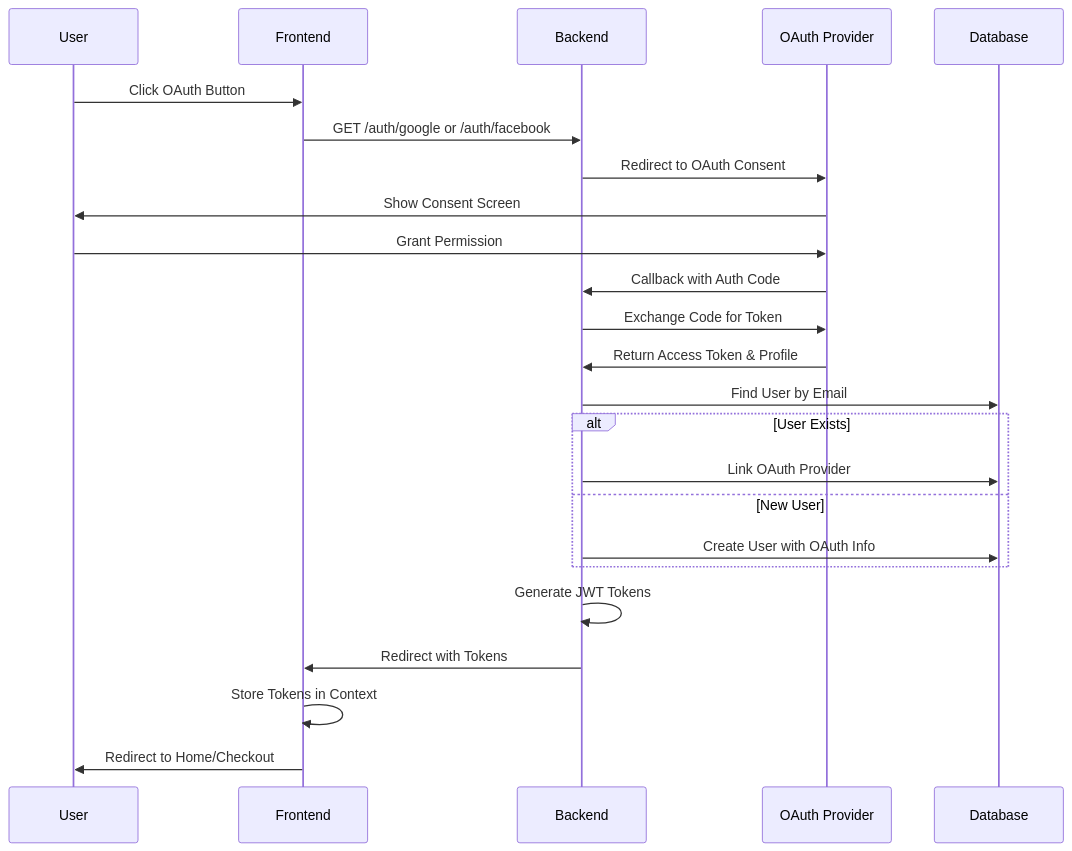
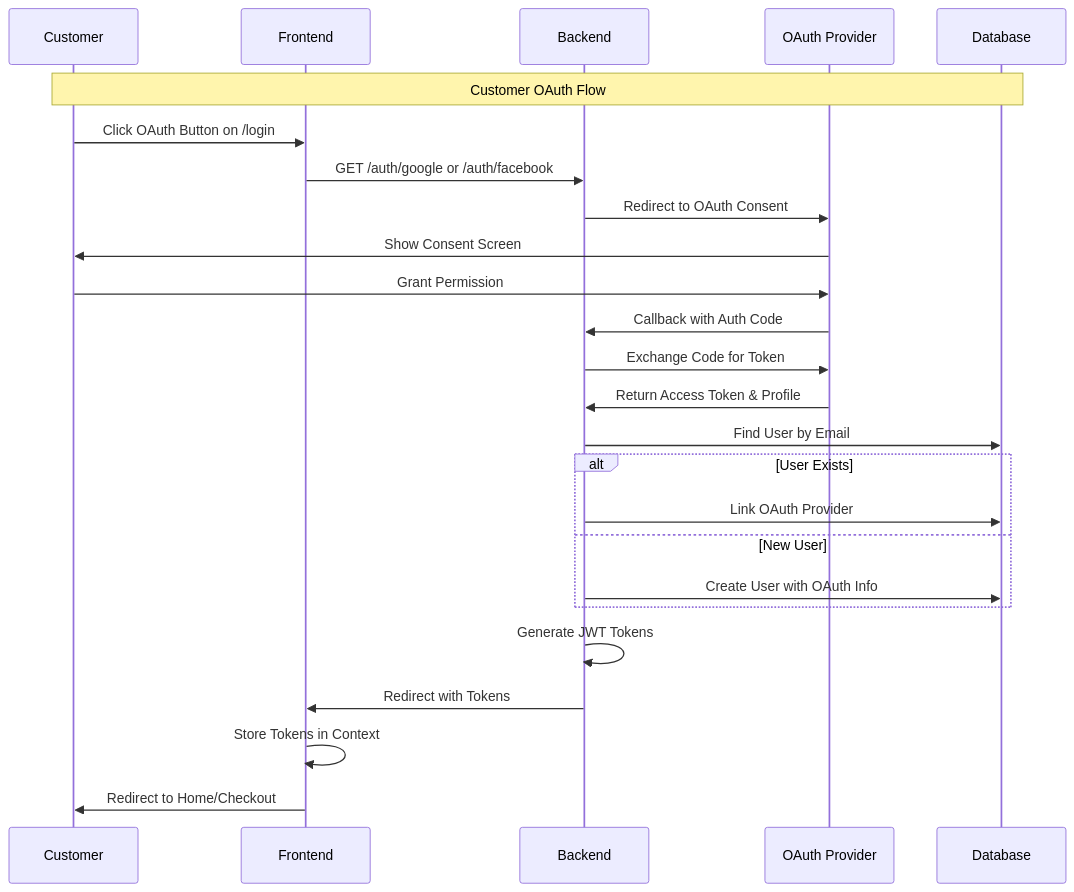
The second of 5 diagrams in .kiro/specs/oauth-only-authentication/design.md (thuanthe81/node-ecommerce), drawn with Mermaid before and after one commit. The commit also changed other lines of this file and 198 other files, not shown here.

````diff
--- a/.kiro/specs/oauth-only-authentication/design.md
+++ b/.kiro/specs/oauth-only-authentication/design.md
@@ -64,27 +65,28 @@
 ```mermaid
 sequenceDiagram
-    participant U as User
+    participant C as Customer
     participant F as Frontend
     participant B as Backend
     participant O as OAuth Provider
     participant DB as Database
 
-    U->>F: Click OAuth Button
+    Note over C,DB: Customer OAuth Flow
+    C->>F: Click OAuth Button on /login
     F->>B: GET /auth/google or /auth/facebook
     B->>O: Redirect to OAuth Consent
-    O->>U: Show Consent Screen
-    U->>O: Grant Permission
+    O->>C: Show Consent Screen
+    C->>O: Grant Permission
     O->>B: Callback with Auth Code
     B->>O: Exchange Code for Token
     O->>B: Return Access Token & Profile
     B->>DB: Find User by Email
     alt User Exists
         B->>DB: Link OAuth Provider
     else New User
         B->>DB: Create User with OAuth Info
     end
     B->>B: Generate JWT Tokens
     B->>F: Redirect with Tokens
     F->>F: Store Tokens in Context
-    F->>U: Redirect to Home/Checkout
+    F->>C: Redirect to Home/Checkout
 ```
````
